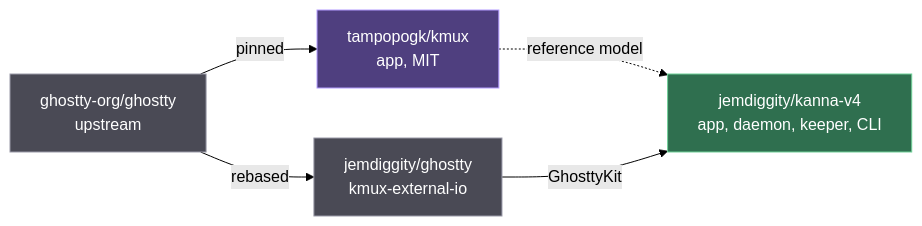
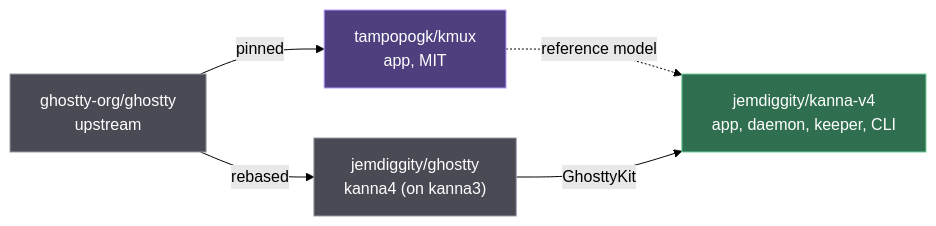
Before and after one commit to jemdiggity/kanna-v4: the fifth of 8 diagrams in docs/research/mux-architecture.md, drawn with Mermaid (forest theme). The commit also changed 5 other files, not shown here.

Commit message:
Ghostty fork: the kanna4 branch, Kanna v3's kanna3 with v4's four commits on top

````diff
--- a/docs/research/mux-architecture.md
+++ b/docs/research/mux-architecture.md
@@ -214,15 +214,15 @@
 ```mermaid
 flowchart LR
     GU["ghostty-org/ghostty<br/>upstream"] -->|"pinned"| KMUX["tampopogk/kmux<br/>app, MIT"]
-    GU -->|"rebased"| GF["jemdiggity/ghostty<br/>kmux-external-io"]
+    GU -->|"rebased"| GF["jemdiggity/ghostty<br/>kanna4 (on kanna3)"]
     KMUX -.->|"reference model"| KV["jemdiggity/kanna-v4<br/>app, daemon, keeper, CLI"]
     GF -->|"GhosttyKit"| KV
     classDef kanna fill:#2f6f4f,stroke:#6fcf97,color:#ffffff
     classDef kmux fill:#2f4f8f,stroke:#7fa7ff,color:#ffffff
     classDef kmuxapp fill:#4f3f7f,stroke:#b39cff,color:#ffffff
     classDef os fill:#4a4a55,stroke:#9a9aa8,color:#ffffff
     classDef ext fill:#6b4f2f,stroke:#e0a960,color:#ffffff
     class GU,GF os
     class KMUX kmuxapp
     class KV kanna
 ```
````
